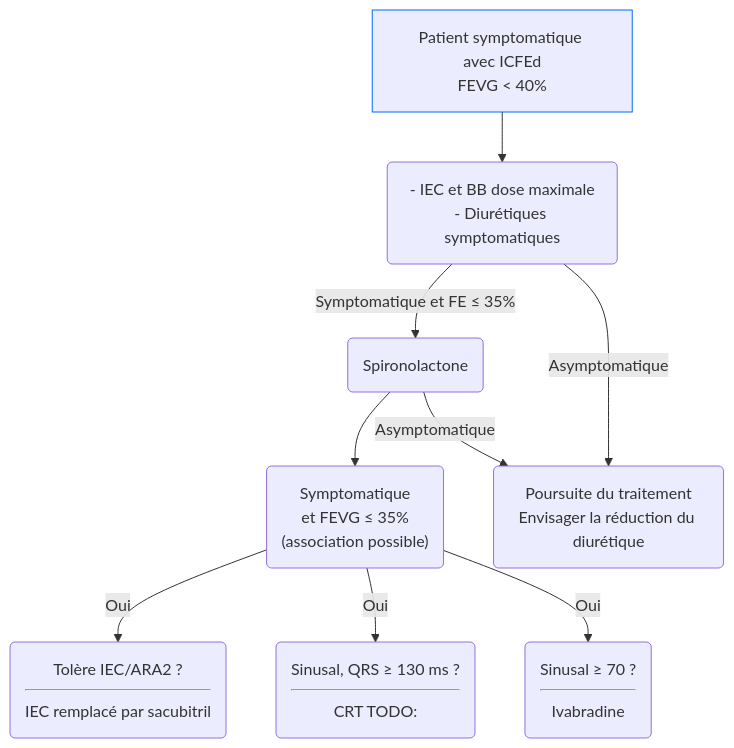
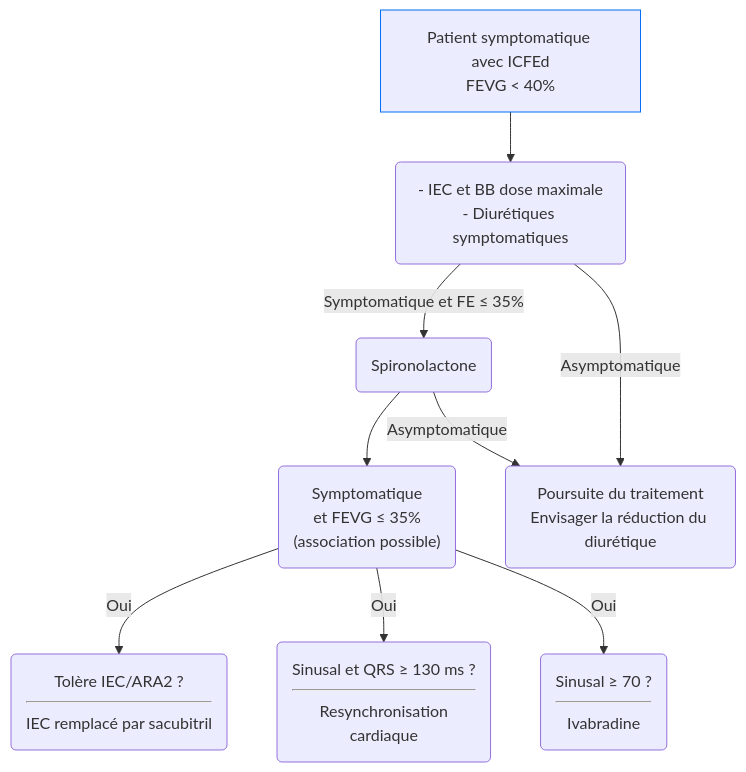
The second of 2 diagrams in content/recommandations/insuffisance-cardiaque-chronique.md (djibe/recommandations-medicales), drawn with Mermaid before and after one commit. The commit also changed other lines of this file and 23 other files, not shown here.

```diff
--- a/content/recommandations/insuffisance-cardiaque-chronique.md
+++ b/content/recommandations/insuffisance-cardiaque-chronique.md
@@ -333,13 +346,13 @@
 {{< mermaid title="Conduite à tenir pour le traitement l'insuffisance cardiaque symptomatique à l'état stable. Dr JB FRON d'après ESC 2016" >}}
 graph TB
 ICFEd["Patient symptomatique avec ICFEd<br>FEVG &lt; 40%"]
 style ICFEd stroke:#006ef4, stroke-width:1px
   ICFEd --> systematique("- IEC et BB dose maximale<br>- Diurétiques symptomatiques")
     systematique -- "Symptomatique et FE &le; 35%" --> antialdosterone(Spironolactone)
       antialdosterone --> choix("Symptomatique<br>et FEVG &le; 35%<br>(association possible)")
         choix -- Oui --> ARNI("Tolère IEC/ARA2 ?<hr>IEC remplacé par sacubitril")
-        choix -- Oui --> CRT("Sinusal, QRS &ge; 130 ms ?<hr>CRT TODO:")
+        choix -- Oui --> CRT("Sinusal et QRS &ge; 130 ms ?<hr>Resynchronisation<br>cardiaque")
         choix -- Oui --> ivabradine("Sinusal &ge; 70 ?<hr>Ivabradine")
       antialdosterone -- Asymptomatique --> poursuite
     systematique -- Asymptomatique --> poursuite(Poursuite du traitement<br>Envisager la réduction du diurétique)
 {{< /mermaid >}}
```
